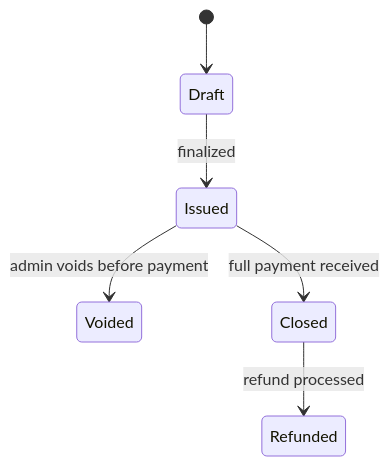
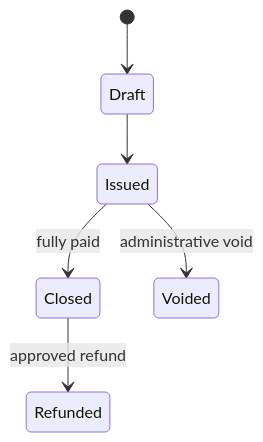
Before and after one commit to zaighaumrana/lab-software: the third of 13 diagrams in docs/03_Core_Domain_Design.md, drawn with Mermaid. The commit also changed other lines of this file, not shown here.

````diff
--- a/docs/03_Core_Domain_Design.md
+++ b/docs/03_Core_Domain_Design.md
@@ -127,8 +326,8 @@
 ```mermaid
 stateDiagram-v2
     [*] --> Draft
-    Draft --> Issued: finalized
-    Issued --> Voided: admin voids before payment
-    Issued --> Closed: full payment received
-    Closed --> Refunded: refund processed
+    Draft --> Issued
+    Issued --> Closed: fully paid
+    Issued --> Voided: administrative void
+    Closed --> Refunded: approved refund
 ```
````
